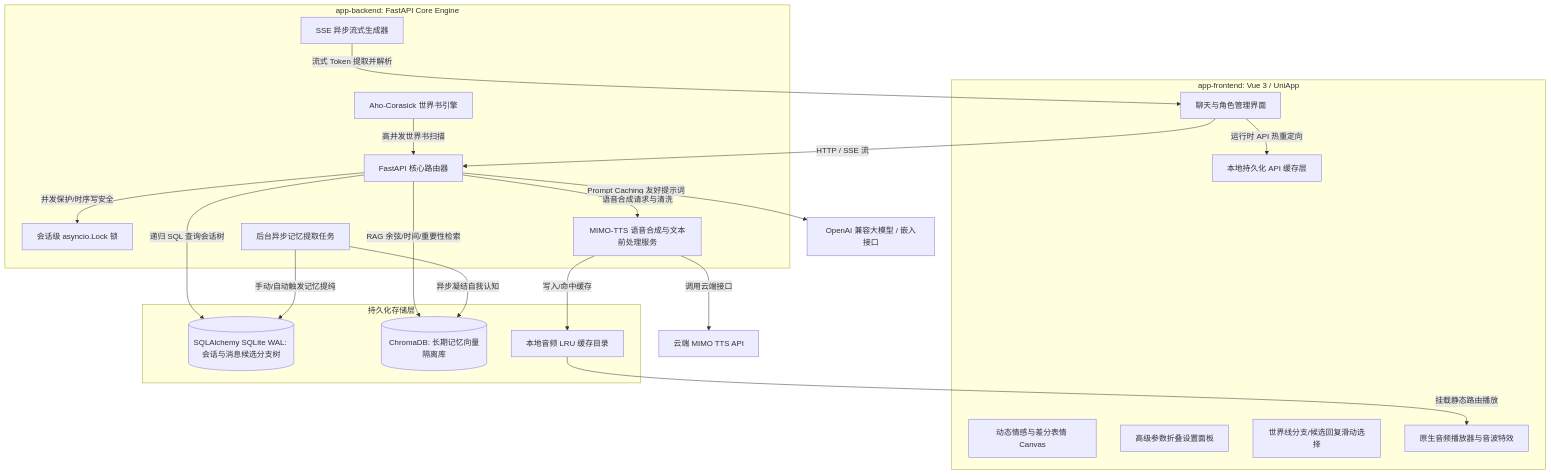
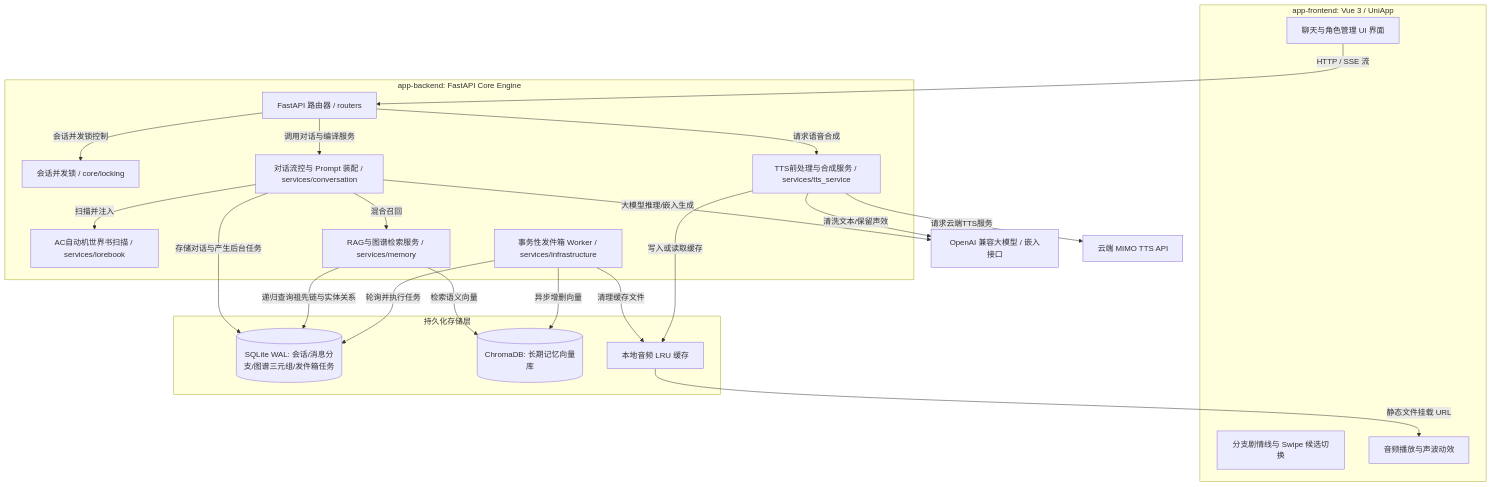
The diagram in README.md (Elma-Eimy/Elma-Roleplay), drawn with Mermaid before and after one commit. The commit also changed other lines of this file and 63 other files, not shown here.

````diff
--- a/README.md
+++ b/README.md
@@ -29,49 +82,50 @@
 ```mermaid
 graph TD
     %% Frontend Group
     subgraph Frontend [app-frontend: Vue 3 / UniApp]
-        UI[聊天与角色管理界面]
-        EC[动态情感与差分表情 Canvas]
-        SS[高级参数折叠设置面板]
-        LS[本地持久化 API 缓存层]
-        MC[世界线分支/候选回复滑动选择]
-        AP[原生音频播放器与音波特效]
+        UI[聊天与角色管理 UI 界面]
+        MC[分支剧情线与 Swipe 候选切换]
+        AP[音频播放与声波动效]
     end
 
     %% Backend Group
     subgraph Backend [app-backend: FastAPI Core Engine]
-        API[FastAPI 核心路由器]
-        LOCK[会话级 asyncio.Lock 锁]
-        SSE[SSE 异步流式生成器]
-        LRE[Aho-Corasick 世界书引擎]
-        BG[后台异步记忆提取任务]
-        TTS[MIMO-TTS 语音合成与文本前处理服务]
+        API[FastAPI 路由器 / routers]
+        LOCK[会话并发锁 / core/locking]
+        CHAT[对话流控与 Prompt 装配 / services/conversation]
+        LORE[AC自动机世界书扫描 / services/lorebook]
+        MEM[RAG与图谱检索服务 / services/memory]
+        OUTBOX[事务性发件箱 Worker / services/infrastructure]
+        TTS[TTS前处理与合成服务 / services/tts_service]
     end
 
     %% Storage Group
     subgraph Storage [持久化存储层]
-        DB[(SQLAlchemy SQLite WAL: 会话与消息候选分支树)]
-        VDB[(ChromaDB: 长期记忆向量隔离库)]
-        CACHE[本地音频 LRU 缓存目录]
+        DB[(SQLite WAL: 会话/消息分支/图谱三元组/发件箱任务)]
+        VDB[(ChromaDB: 长期记忆向量库)]
+        CACHE[本地音频 LRU 缓存]
     end
 
     %% External Services
     LLM[OpenAI 兼容大模型 / 嵌入接口]
     MIMO[云端 MIMO TTS API]
 
     %% Relationships
     UI -->|HTTP / SSE 流| API
-    UI -->|运行时 API 热重定向| LS
-    API -->|并发保护/时序写安全| LOCK
-    API -->|递归 SQL 查询会话树| DB
-    API -->|RAG 余弦/时间/重要性检索| VDB
-    API -->|Prompt Caching 友好提示词| LLM
-    SSE -->|流式 Token 提取并解析| UI
-    BG -->|手动/自动触发记忆提纯| DB
-    BG -->|异步凝结自我认知| VDB
-    LRE -->|高并发世界书扫描| API
-    API -->|语音合成请求与清洗| TTS
-    TTS -->|调用云端接口| MIMO
-    TTS -->|写入/命中缓存| CACHE
-    CACHE -->|挂载静态路由播放| AP
+    API -->|会话并发锁控制| LOCK
+    API -->|调用对话与编译服务| CHAT
+    CHAT -->|扫描并注入| LORE
+    CHAT -->|混合召回| MEM
+    CHAT -->|存储对话与产生后台任务| DB
+    CHAT -->|大模型推理/嵌入生成| LLM
+    MEM -->|检索语义向量| VDB
+    MEM -->|递归查询祖先链与实体关系| DB
+    OUTBOX -->|轮询并执行任务| DB
+    OUTBOX -->|异步增删向量| VDB
+    OUTBOX -->|清理缓存文件| CACHE
+    API -->|请求语音合成| TTS
+    TTS -->|清洗文本/保留声效| LLM
+    TTS -->|请求云端TTS服务| MIMO
+    TTS -->|写入或读取缓存| CACHE
+    CACHE -->|静态文件挂载 URL| AP
 ```
````
